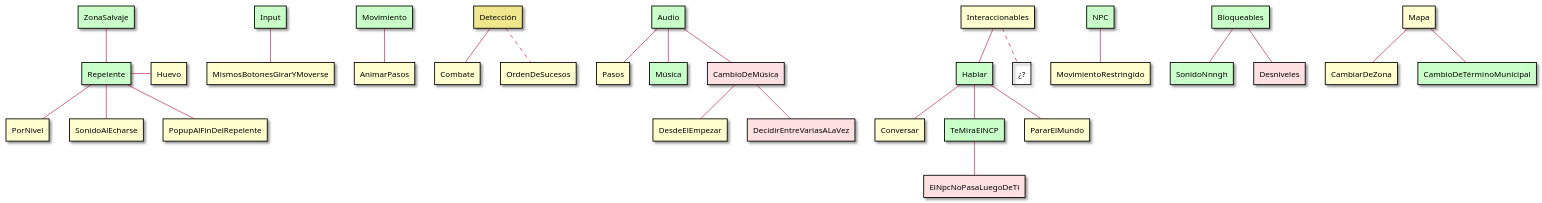
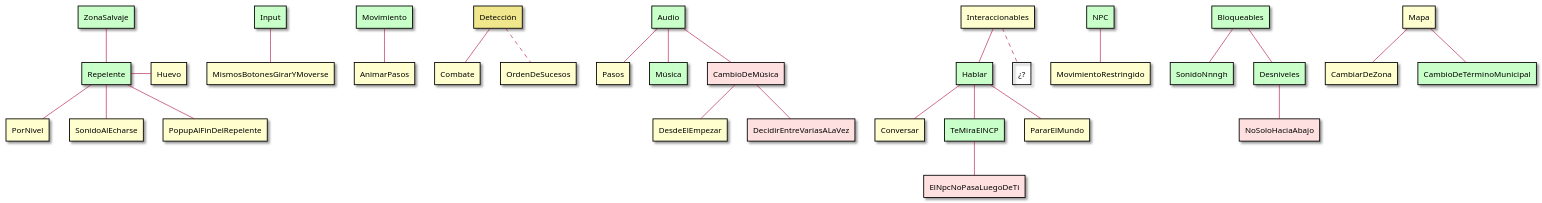
One commit to RicardoGuzmanVelasco/LearningPkmn changed the diagram in Assets/Pkmn.Overworld/Docs~/Tree.puml. Above: the diagram before and after it, drawn with PlantUML.

Commit message:
docs: update Slopes

```diff
--- a/Assets/Pkmn.Overworld/Docs~/Tree.puml
+++ b/Assets/Pkmn.Overworld/Docs~/Tree.puml
@@ -1,77 +1,79 @@
 @startuml
 skin rose
 
 rectangle Input #technology
 rectangle MismosBotonesGirarYMoverse
 rectangle Movimiento #technology
 rectangle AnimarPasos
 rectangle Detección #khaki
 rectangle Combate
 rectangle OrdenDeSucesos
 rectangle Audio #technology
 rectangle Pasos
 rectangle Música #technology
 rectangle CambioDeMúsica #implementation
 rectangle DesdeElEmpezar
 rectangle DecidirEntreVariasALaVez #implementation
 
 rectangle Interaccionables
 rectangle Hablar #technology
 rectangle Conversar
 rectangle TeMiraElNCP #technology
 rectangle PararElMundo
 rectangle ElNpcNoPasaLuegoDeTi #implementation
 rectangle "¿?" as InteraccionablesFuturo #transparent
 
 rectangle ZonaSalvaje #technology
 rectangle Repelente #technology
 rectangle PorNivel
 rectangle SonidoAlEcharse
 rectangle Huevo
 rectangle PopupAlFinDelRepelente
 rectangle NPC #technology
 rectangle MovimientoRestringido 
 
 rectangle Bloqueables #technology
 rectangle SonidoNnngh #technology
-rectangle Desniveles #implementation
+rectangle Desniveles #technology
+rectangle NoSoloHaciaAbajo #implementation
 
 rectangle Mapa 
 rectangle CambiarDeZona
 rectangle CambioDeTérminoMunicipal #technology
 
 Input -- MismosBotonesGirarYMoverse
 Movimiento -- AnimarPasos
 
 Detección -- Combate
 Detección .. OrdenDeSucesos
 
 Audio -- Pasos
 Audio -- Música
 Audio -- CambioDeMúsica
 CambioDeMúsica -- DesdeElEmpezar
 CambioDeMúsica -- DecidirEntreVariasALaVez
 
 Interaccionables -- Hablar
 Interaccionables .. InteraccionablesFuturo
 Hablar -- Conversar
 Hablar -- TeMiraElNCP
 Hablar -- PararElMundo
 TeMiraElNCP -- ElNpcNoPasaLuegoDeTi
 
 ZonaSalvaje -- Repelente
 Repelente -- PorNivel
 Repelente -- SonidoAlEcharse
 Repelente - Huevo
 Repelente -- PopupAlFinDelRepelente
 
 NPC -- MovimientoRestringido
 
 Bloqueables -- Desniveles
 Bloqueables -- SonidoNnngh
+Desniveles -- NoSoloHaciaAbajo
 
 Mapa -- CambiarDeZona
 Mapa -- CambioDeTérminoMunicipal
 
 
 @enduml
```
